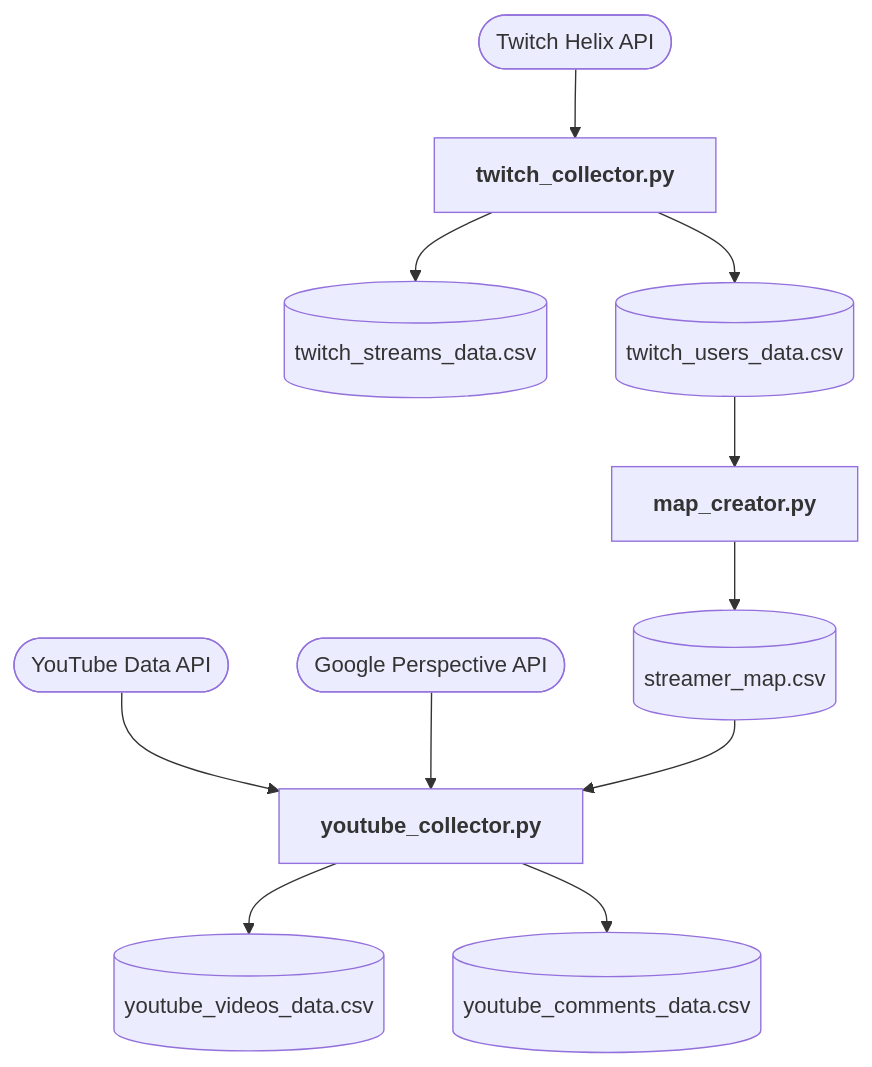
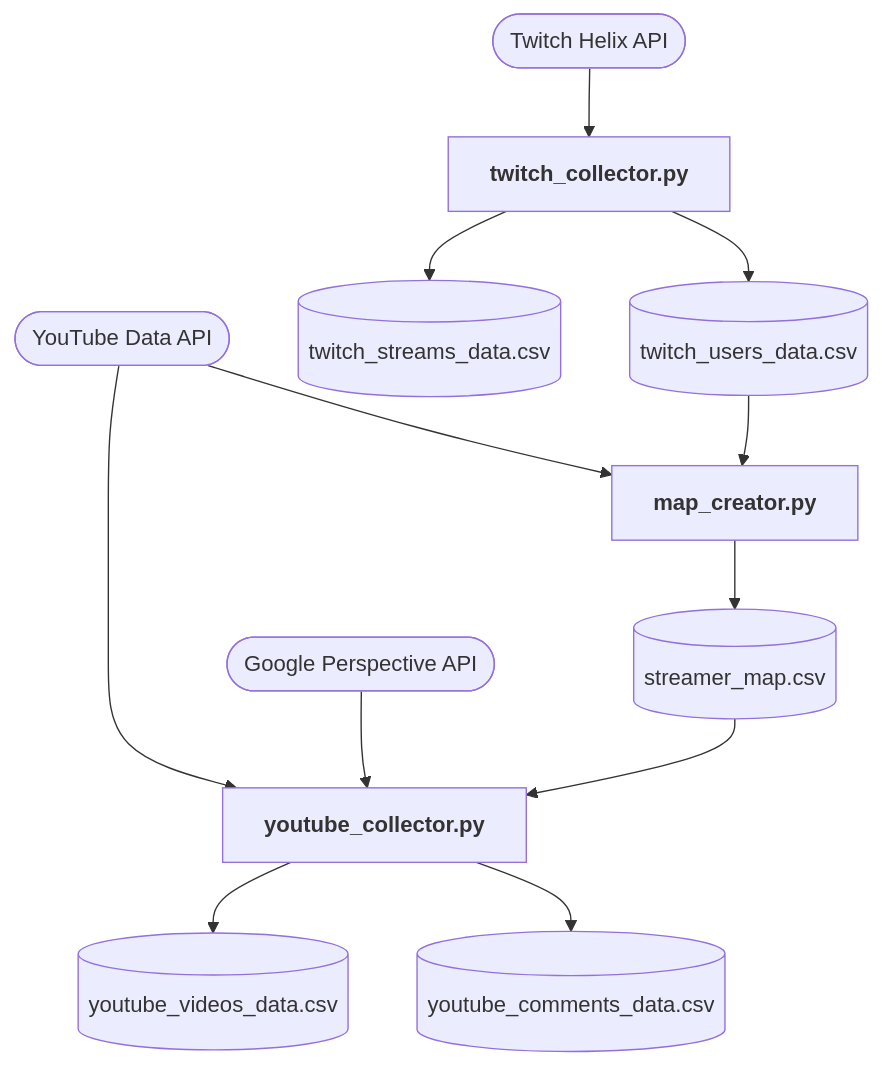
The diagram in README.md (AlexMicael/IRL-Ecosystem-Pipeline), drawn with Mermaid before and after one commit.

Commit message:
Add connection to YouTube Data API in flowchart

````diff
--- a/README.md
+++ b/README.md
@@ -21,17 +21,18 @@
 ```mermaid
 flowchart TD
 	A([Twitch Helix API]) --> B
 	C([YouTube Data API]) --> E
+	C --> H
 	D([Google Perspective API]) --> E
 	
 	B["<b>twitch_collector.py</b>"]
 	B --> F[(twitch_streams_data.csv)]
 	B --> G[(twitch_users_data.csv)]
 	
 	G --> H["<b>map_creator.py</b>"]
 	H --> I[(streamer_map.csv)]
 	
 	I --> E["<b>youtube_collector.py</b>"]
 	E --> J[(youtube_videos_data.csv)]
 	E --> K[(youtube_comments_data.csv)]
 ```
````
